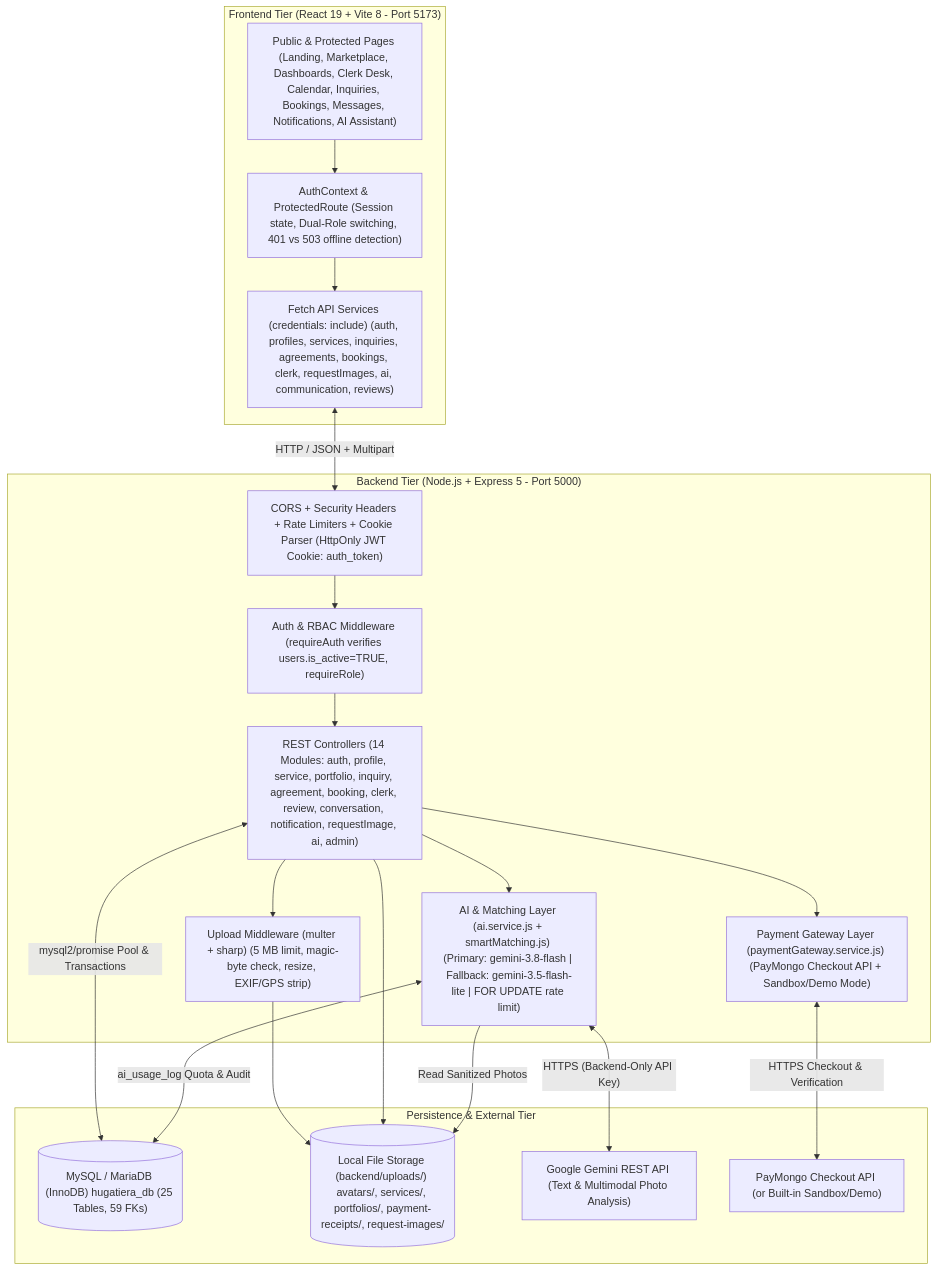
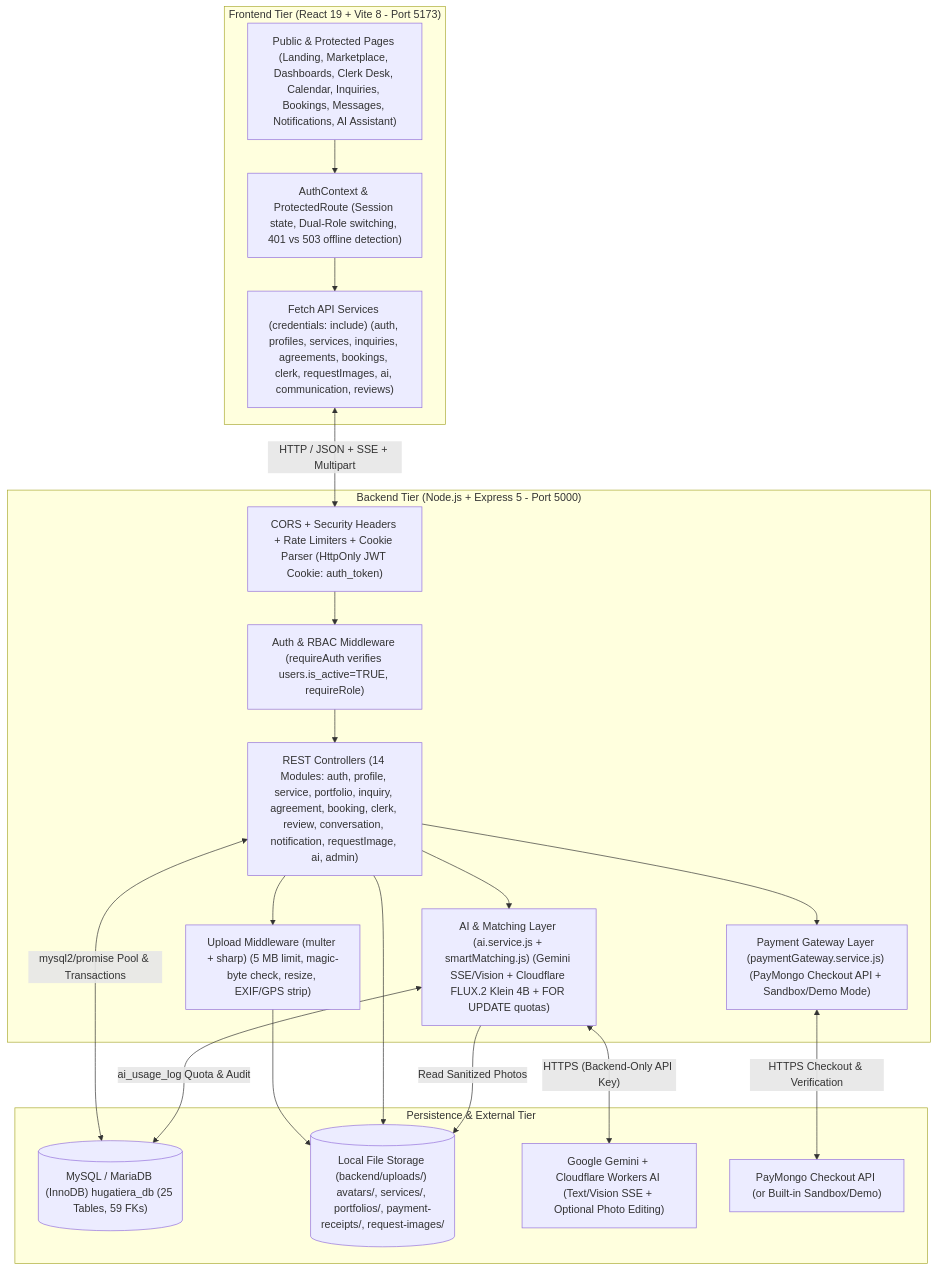
Before and after one commit to JohanBuenaventura/HugaTiera: the first of 3 diagrams in docs/architecture-and-workflows.md, drawn with Mermaid. The commit also changed other lines of this file and 28 other files, not shown here.

````diff
--- a/docs/architecture-and-workflows.md
+++ b/docs/architecture-and-workflows.md
@@ -11,37 +11,37 @@
 ```mermaid
 flowchart TB
   subgraph ClientTier["Frontend Tier (React 19 + Vite 8 - Port 5173)"]
     UI["Public & Protected Pages (Landing, Marketplace, Dashboards, Clerk Desk, Calendar, Inquiries, Bookings, Messages, Notifications, AI Assistant)"]
     AuthCtx["AuthContext & ProtectedRoute (Session state, Dual-Role switching, 401 vs 503 offline detection)"]
     ApiClients["Fetch API Services (credentials: include) (auth, profiles, services, inquiries, agreements, bookings, clerk, requestImages, ai, communication, reviews)"]
     UI --> AuthCtx --> ApiClients
   end
 
   subgraph ServerTier["Backend Tier (Node.js + Express 5 - Port 5000)"]
     CORS["CORS + Security Headers + Rate Limiters + Cookie Parser (HttpOnly JWT Cookie: auth_token)"]
     AuthMW["Auth & RBAC Middleware (requireAuth verifies users.is_active=TRUE, requireRole)"]
     UploadMW["Upload Middleware (multer + sharp) (5 MB limit, magic-byte check, resize, EXIF/GPS strip)"]
     Controllers["REST Controllers (14 Modules: auth, profile, service, portfolio, inquiry, agreement, booking, clerk, review, conversation, notification, requestImage, ai, admin)"]
-    AIService["AI & Matching Layer (ai.service.js + smartMatching.js) (Primary: gemini-3.8-flash | Fallback: gemini-3.5-flash-lite | FOR UPDATE rate limit)"]
+    AIService["AI & Matching Layer (ai.service.js + smartMatching.js) (Gemini SSE/Vision + Cloudflare FLUX.2 Klein 4B + FOR UPDATE quotas)"]
     PayService["Payment Gateway Layer (paymentGateway.service.js) (PayMongo Checkout API + Sandbox/Demo Mode)"]
-    ApiClients <-->|"HTTP / JSON + Multipart"| CORS
+    ApiClients <-->|"HTTP / JSON + SSE + Multipart"| CORS
     CORS --> AuthMW --> Controllers
     Controllers --> UploadMW
     Controllers --> AIService
     Controllers --> PayService
   end
 
   subgraph DataTier["Persistence & External Tier"]
     MySQL[("MySQL / MariaDB (InnoDB) hugatiera_db (25 Tables, 59 FKs)")]
     FileStore[("Local File Storage (backend/uploads/) avatars/, services/, portfolios/, payment-receipts/, request-images/")]
-    GeminiAPI["Google Gemini REST API (Text & Multimodal Photo Analysis)"]
+    GeminiAPI["Google Gemini + Cloudflare Workers AI (Text/Vision SSE + Optional Photo Editing)"]
     PayMongoAPI["PayMongo Checkout API (or Built-in Sandbox/Demo)"]
     Controllers <-->|"mysql2/promise Pool & Transactions"| MySQL
     UploadMW --> FileStore
     Controllers --> FileStore
     AIService <-->|"HTTPS (Backend-Only API Key)"| GeminiAPI
     AIService -->|"Read Sanitized Photos"| FileStore
     AIService <-->|"ai_usage_log Quota & Audit"| MySQL
     PayService <-->|"HTTPS Checkout & Verification"| PayMongoAPI
   end
 ```
````
